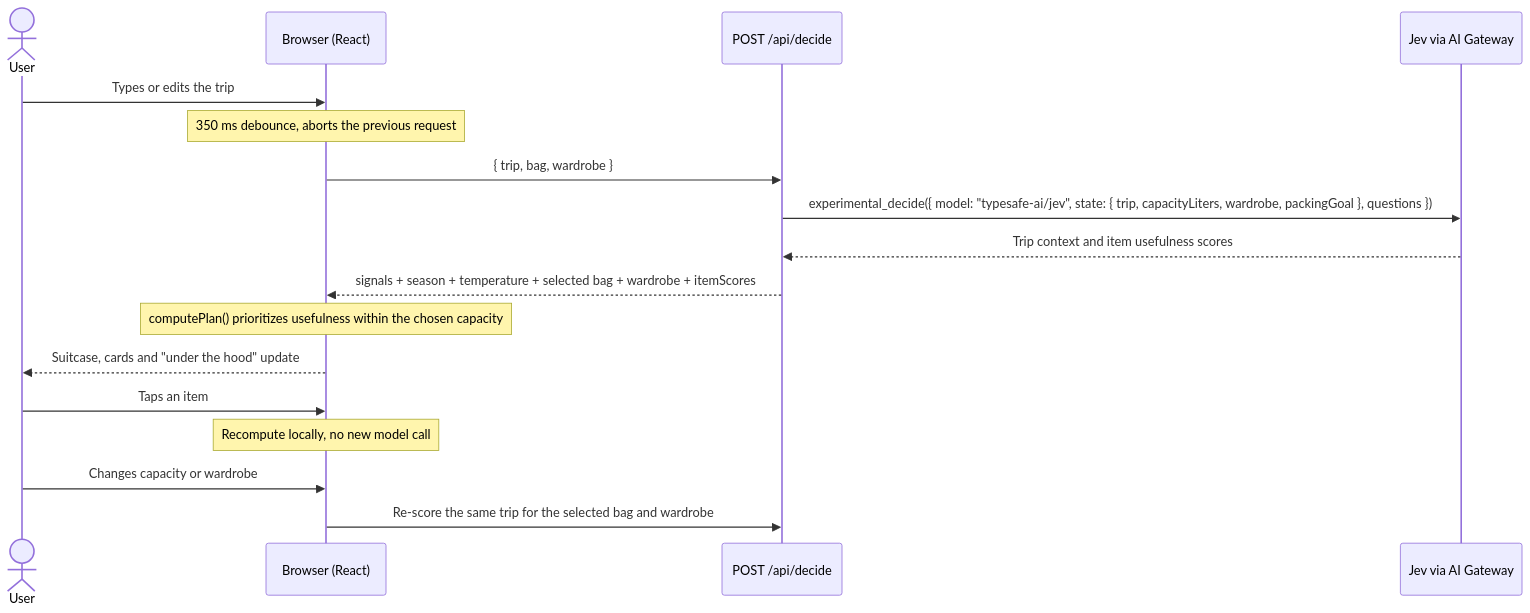
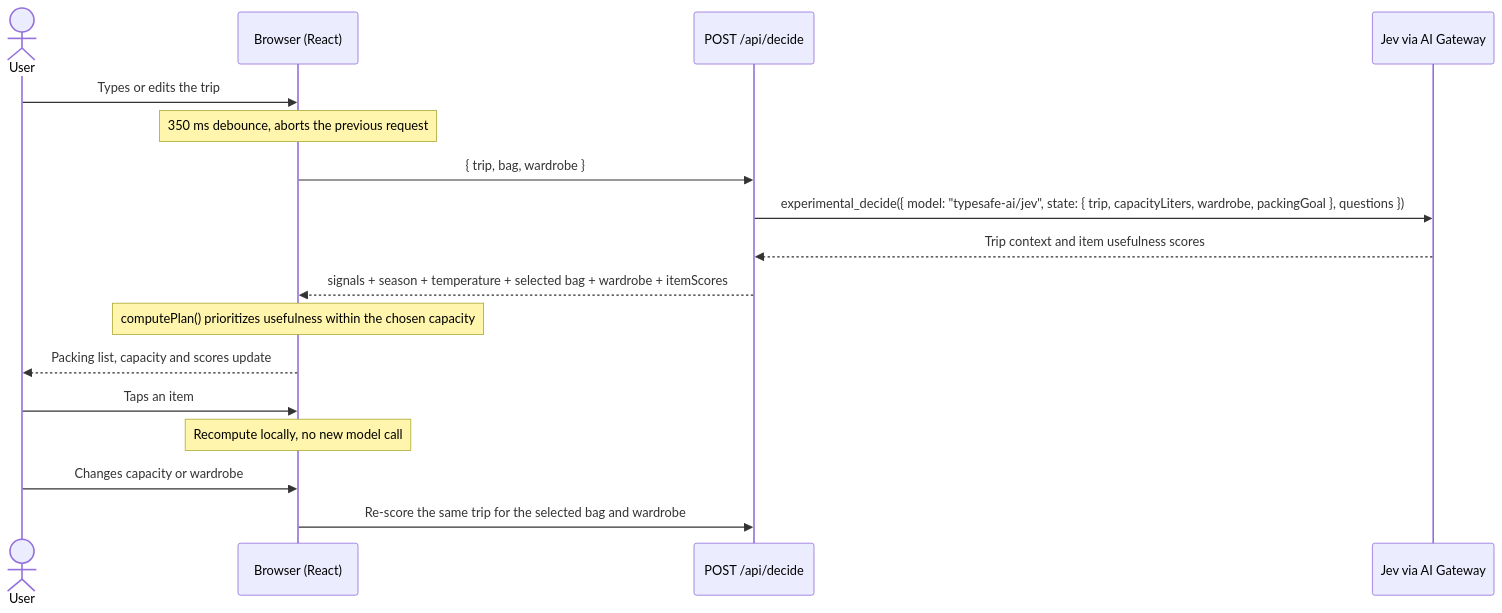
One commit to poacosta/smart-packing-demo-with-jev changed the second of 3 diagrams in README.md. Above: the diagram before and after it, drawn with Mermaid. The commit also changed other lines of this file and 9 other files, not shown here.

````diff
--- a/README.md
+++ b/README.md
@@ -67,20 +67,20 @@
 ```mermaid
 sequenceDiagram
     actor User
     participant UI as Browser (React)
     participant API as POST /api/decide
     participant Jev as Jev via AI Gateway
 
     User->>UI: Types or edits the trip
     Note over UI: 350 ms debounce, aborts the previous request
     UI->>API: { trip, bag, wardrobe }
     API->>Jev: experimental_decide({ model: "typesafe-ai/jev", state: { trip, capacityLiters, wardrobe, packingGoal }, questions })
     Jev-->>API: Trip context and item usefulness scores
     API-->>UI: signals + season + temperature + selected bag + wardrobe + itemScores
     Note over UI: computePlan() prioritizes usefulness within the chosen capacity
-    UI-->>User: Suitcase, cards and "under the hood" update
+    UI-->>User: Packing list, capacity and scores update
     User->>UI: Taps an item
     Note over UI: Recompute locally, no new model call
     User->>UI: Changes capacity or wardrobe
     UI->>API: Re-score the same trip for the selected bag and wardrobe
 ```
````
